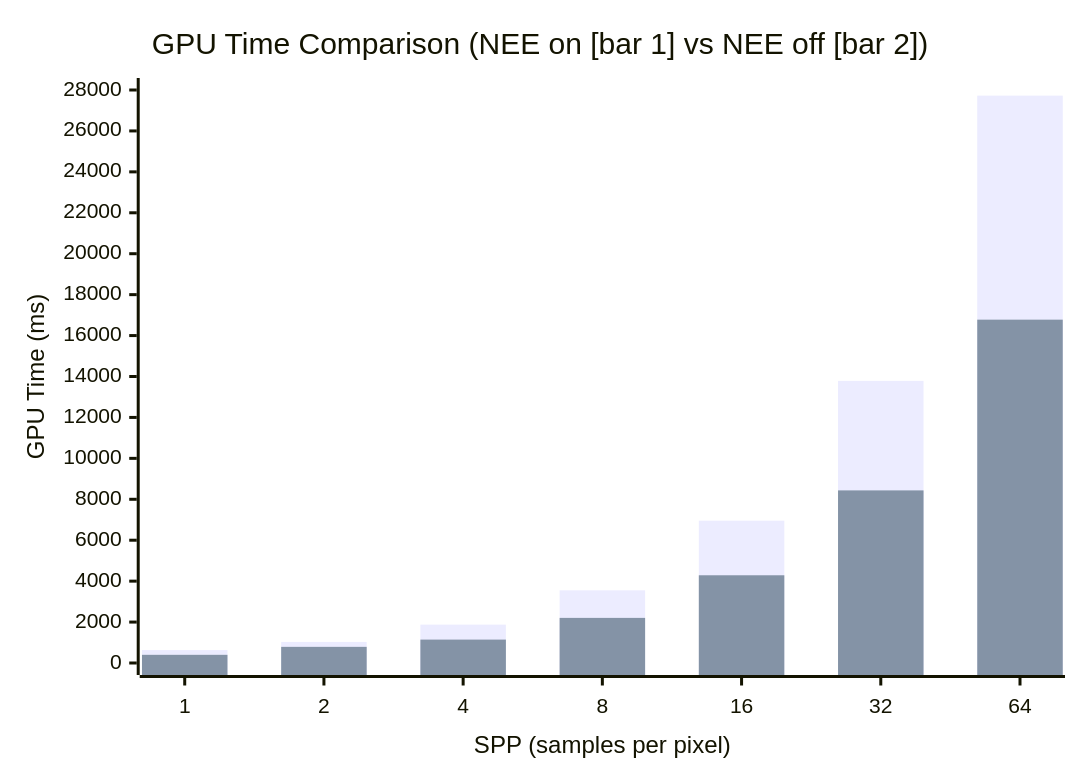
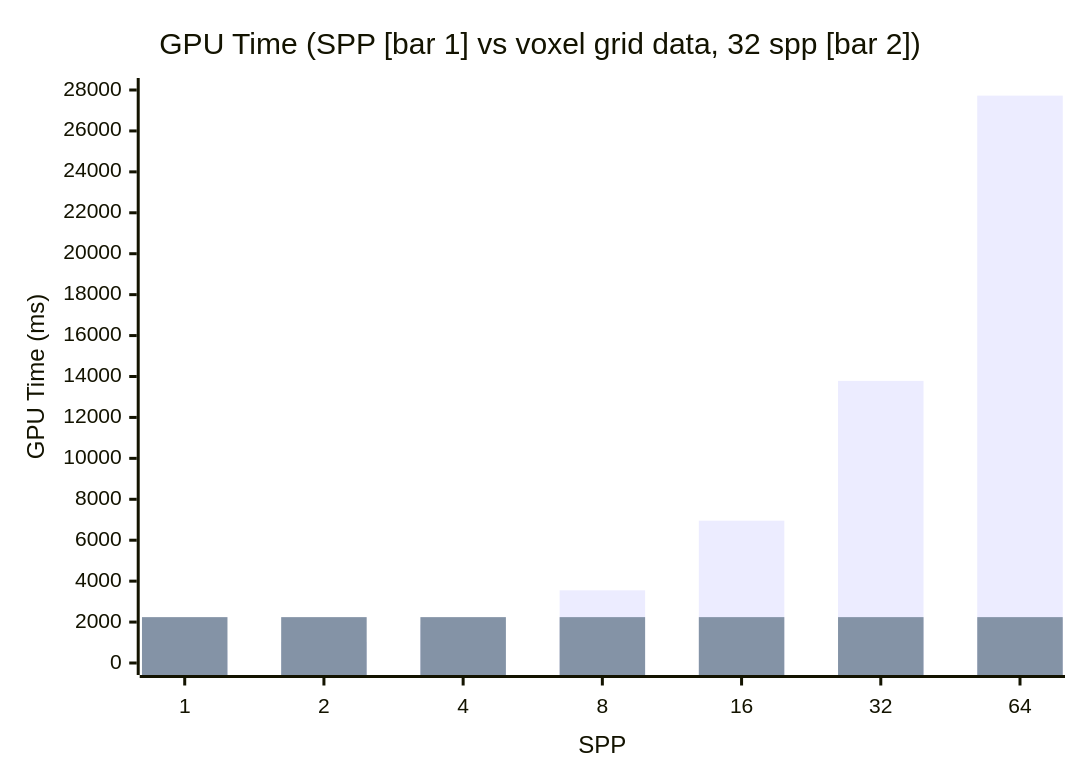
Before and after one commit to VENUSXK/pages: the second of 12 diagrams in content/docs/GaborRT/exp-20261023.mdx, drawn with Mermaid. The commit also changed other lines of this file and 3 other files, not shown here.

````diff
--- a/content/docs/GaborRT/exp-20261023.mdx
+++ b/content/docs/GaborRT/exp-20261023.mdx
@@ -241,8 +269,8 @@
 ```mermaid
 xychart-beta
-    title "GPU Time Comparison (NEE on [bar 1] vs NEE off [bar 2])"
-    x-axis "SPP (samples per pixel)" [1, 2, 4, 8, 16, 32, 64]
+    title "GPU Time (SPP [bar 1] vs voxel grid data, 32 spp [bar 2])"
+    x-axis "SPP" [1, 2, 4, 8, 16, 32, 64]
     y-axis "GPU Time (ms)" 0 --> 28000
     bar [632.03, 1029.33, 1874.95, 3551.20, 6955.48, 13786.08, 27724.98]
-    bar [399.54, 789.11, 1143.63, 2204.31, 4286.37, 8434.24, 16777.66]
+    bar [2240.92, 2240.92, 2240.92, 2240.92, 2240.92, 2240.92, 2240.92]
 ```
````
